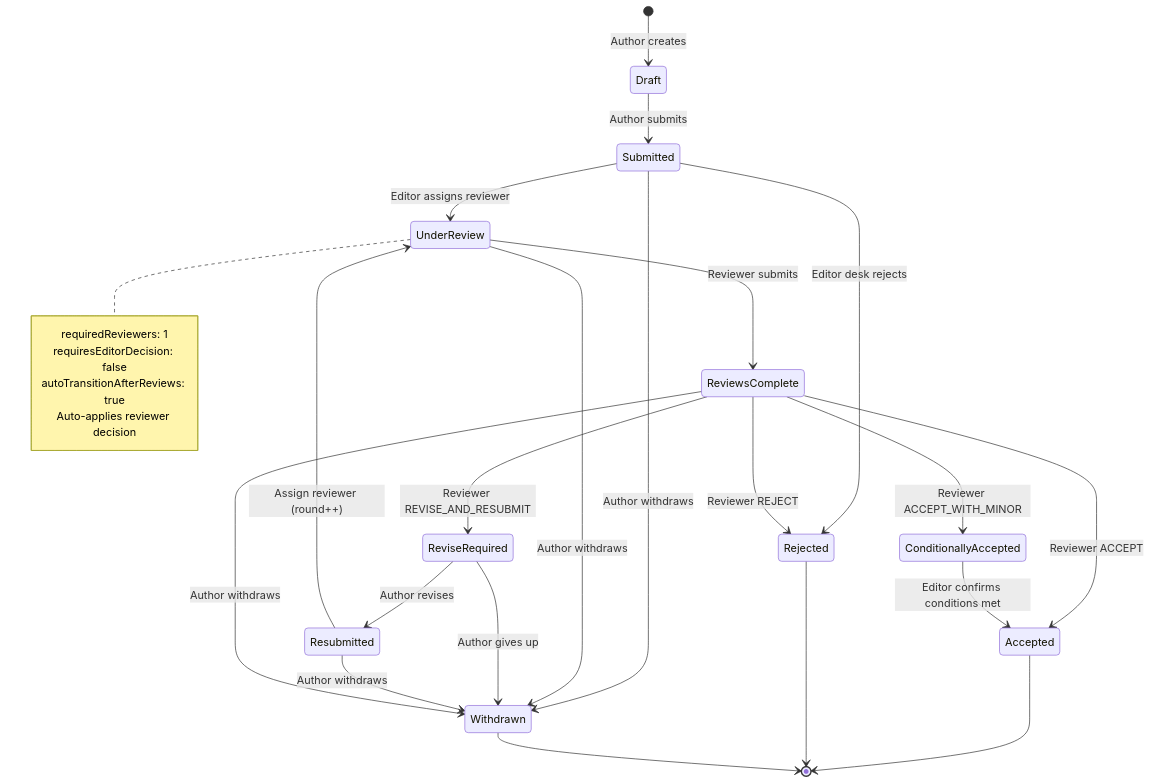
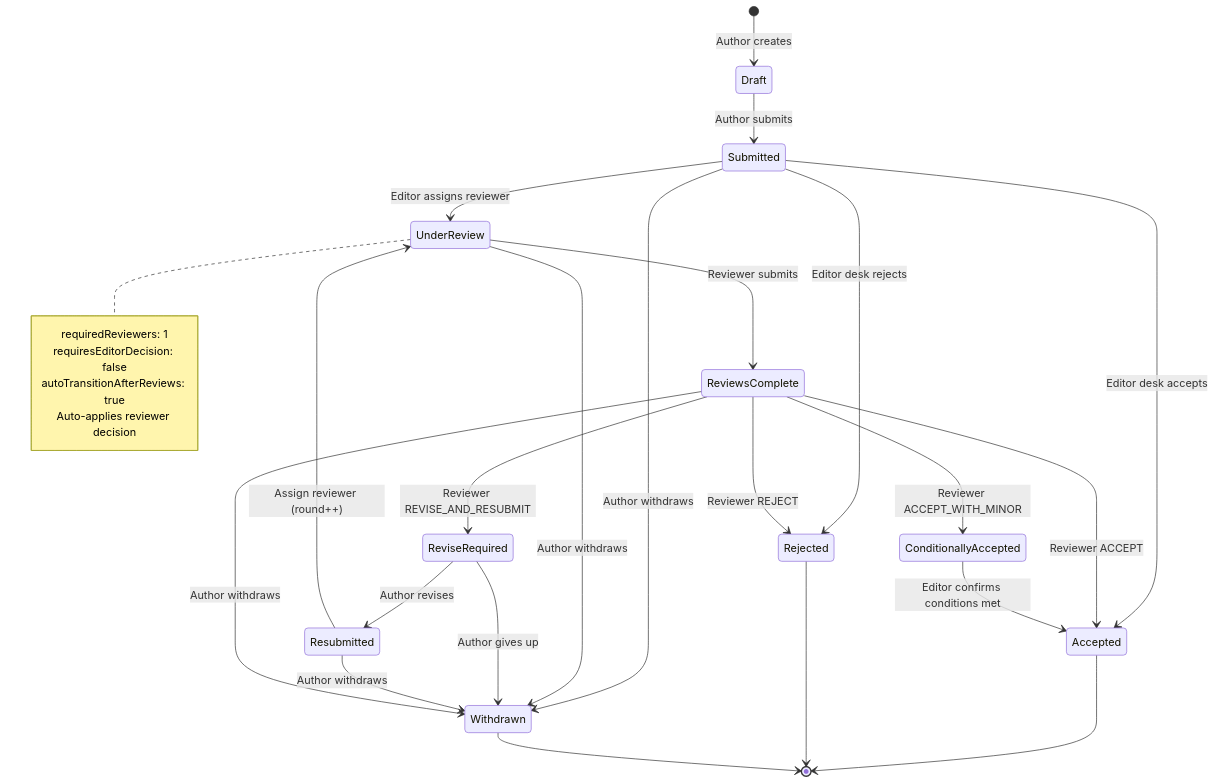
The first of 5 diagrams in WORKFLOW.md (unlimited-labs/suberus), drawn with Mermaid before and after one commit. The commit also changed other lines of this file and 11 other files, not shown here.

````diff
--- a/WORKFLOW.md
+++ b/WORKFLOW.md
@@ -25,37 +25,38 @@
 ```mermaid
 stateDiagram-v2
     [*] --> Draft: Author creates
     Draft --> Submitted: Author submits
     Submitted --> UnderReview: Editor assigns reviewer
+    Submitted --> Accepted: Editor desk accepts
     Submitted --> Rejected: Editor desk rejects
     Submitted --> Withdrawn: Author withdraws
 
     UnderReview --> ReviewsComplete: Reviewer submits
     UnderReview --> Withdrawn: Author withdraws
 
     ReviewsComplete --> Accepted: Reviewer ACCEPT
     ReviewsComplete --> ConditionallyAccepted: Reviewer ACCEPT_WITH_MINOR
     ReviewsComplete --> ReviseRequired: Reviewer REVISE_AND_RESUBMIT
     ReviewsComplete --> Rejected: Reviewer REJECT
 
     ReviseRequired --> Resubmitted: Author revises
     ReviseRequired --> Withdrawn: Author gives up
 
     Resubmitted --> UnderReview: Assign reviewer (round++)
     Resubmitted --> Withdrawn: Author withdraws
 
     ReviewsComplete --> Withdrawn: Author withdraws
 
     ConditionallyAccepted --> Accepted: Editor confirms conditions met
 
     Accepted --> [*]
     Rejected --> [*]
     Withdrawn --> [*]
 
     note right of UnderReview
         requiredReviewers: 1
         requiresEditorDecision: false
         autoTransitionAfterReviews: true
         Auto-applies reviewer decision
     end note
 ```
````
